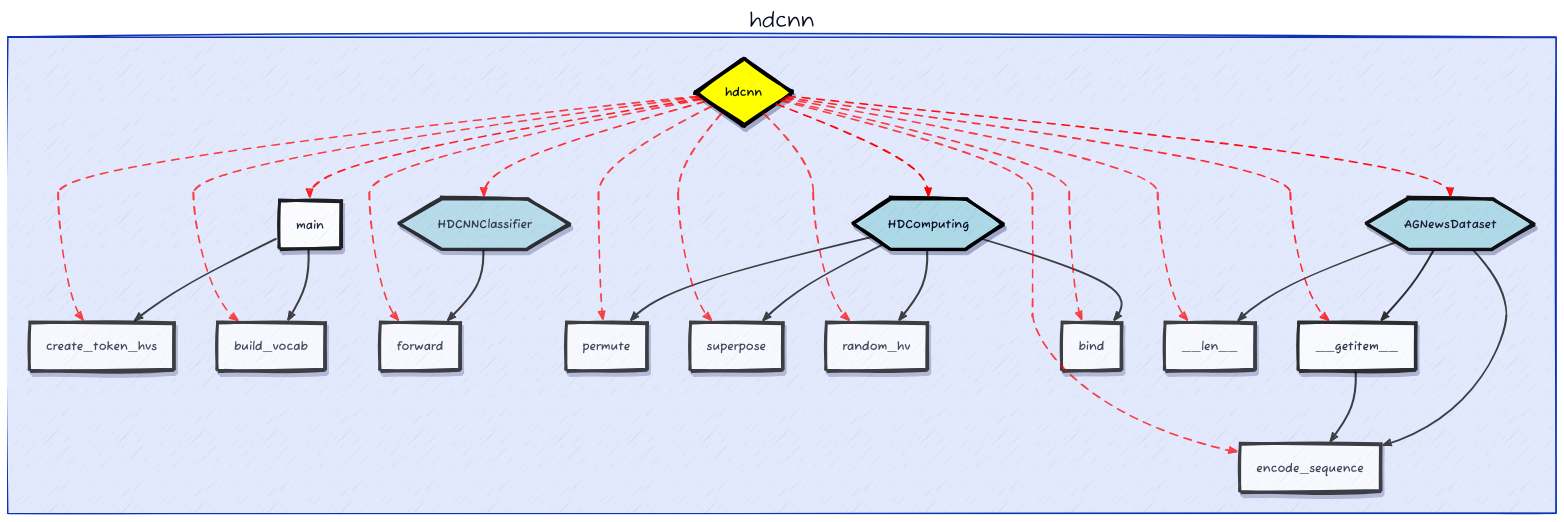
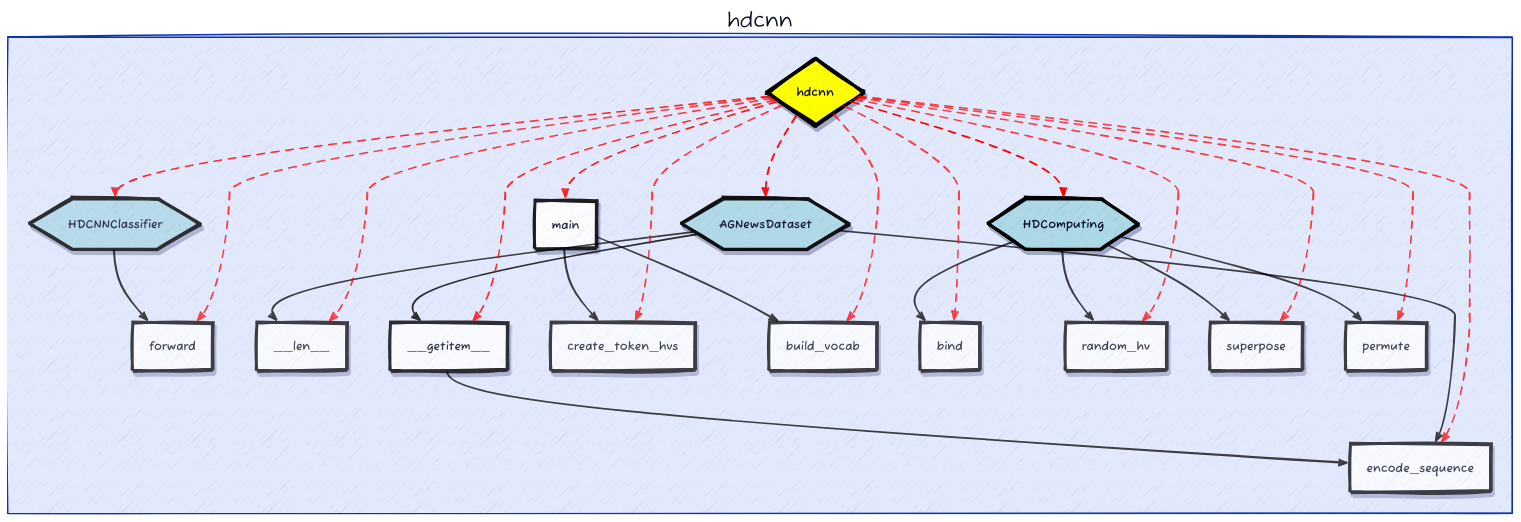
One commit to fangyuan-ksgk/heuristic-search changed the diagram in eoh/d2_output/dag.d2. Above: the diagram before and after it, drawn with D2. The commit also changed other lines of this file and 17 other files, not shown here.

```diff
--- a/eoh/d2_output/dag.d2
+++ b/eoh/d2_output/dag.d2
@@ -35,46 +35,6 @@
     }
   }
 }
-hdcnn.main.class: function
-hdcnn.main.label: "main"
-hdcnn.main: {
-  style: {
-    opacity: 0.87
-    stroke: "black"
-    stroke-width: 4
-    shadow: true
-  }
-}
-hdcnn.create_token_hvs.class: function
-hdcnn.create_token_hvs.label: "create_token_hvs"
-hdcnn.create_token_hvs: {
-  style: {
-    opacity: 0.73
-    stroke: "black"
-    stroke-width: 4
-    shadow: true
-  }
-}
-hdcnn.build_vocab.class: function
-hdcnn.build_vocab.label: "build_vocab"
-hdcnn.build_vocab: {
-  style: {
-    opacity: 0.73
-    stroke: "black"
-    stroke-width: 4
-    shadow: true
-  }
-}
-hdcnn.forward.class: function
-hdcnn.forward.label: "forward"
-hdcnn.forward: {
-  style: {
-    opacity: 0.73
-    stroke: "black"
-    stroke-width: 4
-    shadow: true
-  }
-}
 hdcnn.HDCNNClassifier.class: class
 hdcnn.HDCNNClassifier.label: "HDCNNClassifier"
 hdcnn.HDCNNClassifier: {
@@ -95,11 +55,71 @@
     shadow: true
   }
 }
+hdcnn.forward.class: function
+hdcnn.forward.label: "forward"
+hdcnn.forward: {
+  style: {
+    opacity: 0.73
+    stroke: "black"
+    stroke-width: 4
+    shadow: true
+  }
+}
 hdcnn.HDComputing.class: class
 hdcnn.HDComputing.label: "HDComputing"
 hdcnn.HDComputing: {
   style: {
     opacity: 1.00
+    stroke: "black"
+    stroke-width: 4
+    shadow: true
+  }
+}
+hdcnn.__len__.class: function
+hdcnn.__len__.label: "__len__"
+hdcnn.__len__: {
+  style: {
+    opacity: 0.73
+    stroke: "black"
+    stroke-width: 4
+    shadow: true
+  }
+}
+hdcnn.__getitem__.class: function
+hdcnn.__getitem__.label: "__getitem__"
+hdcnn.__getitem__: {
+  style: {
+    opacity: 0.80
+    stroke: "black"
+    stroke-width: 4
+    shadow: true
+  }
+}
+hdcnn.create_token_hvs.class: function
+hdcnn.create_token_hvs.label: "create_token_hvs"
+hdcnn.create_token_hvs: {
+  style: {
+    opacity: 0.73
+    stroke: "black"
+    stroke-width: 4
+    shadow: true
+  }
+}
+hdcnn.main.class: function
+hdcnn.main.label: "main"
+hdcnn.main: {
+  style: {
+    opacity: 0.87
+    stroke: "black"
+    stroke-width: 4
+    shadow: true
+  }
+}
+hdcnn.build_vocab.class: function
+hdcnn.build_vocab.label: "build_vocab"
+hdcnn.build_vocab: {
+  style: {
+    opacity: 0.73
     stroke: "black"
     stroke-width: 4
     shadow: true
@@ -115,9 +135,29 @@
     shadow: true
   }
 }
-hdcnn.permute.class: function
-hdcnn.permute.label: "permute"
-hdcnn.permute: {
+hdcnn.hdcnn.class: file
+hdcnn.hdcnn.label: "hdcnn"
+hdcnn.hdcnn: {
+  style: {
+    opacity: 1.00
+    stroke: "black"
+    stroke-width: 4
+    shadow: true
+  }
+}
+hdcnn.bind.class: function
+hdcnn.bind.label: "bind"
+hdcnn.bind: {
+  style: {
+    opacity: 0.73
+    stroke: "black"
+    stroke-width: 4
+    shadow: true
+  }
+}
+hdcnn.random_hv.class: function
+hdcnn.random_hv.label: "random_hv"
+hdcnn.random_hv: {
   style: {
     opacity: 0.73
     stroke: "black"
@@ -135,9 +175,9 @@
     shadow: true
   }
 }
-hdcnn.random_hv.class: function
-hdcnn.random_hv.label: "random_hv"
-hdcnn.random_hv: {
+hdcnn.permute.class: function
+hdcnn.permute.label: "permute"
+hdcnn.permute: {
   style: {
     opacity: 0.73
     stroke: "black"
@@ -145,45 +185,35 @@
     shadow: true
   }
 }
-hdcnn.__getitem__.class: function
-hdcnn.__getitem__.label: "__getitem__"
-hdcnn.__getitem__: {
-  style: {
-    opacity: 0.80
-    stroke: "black"
-    stroke-width: 4
-    shadow: true
-  }
+hdcnn.HDCNNClassifier -> hdcnn.forward: {
+  style.stroke: black
+  style.opacity: 0.73
+  style.stroke-width: 2
 }
-hdcnn.bind.class: function
-hdcnn.bind.label: "bind"
-hdcnn.bind: {
-  style: {
-    opacity: 0.73
-    stroke: "black"
-    stroke-width: 4
-    shadow: true
-  }
+hdcnn.HDComputing -> hdcnn.random_hv: {
+  style.stroke: black
+  style.opacity: 0.73
+  style.stroke-width: 2
 }
-hdcnn.hdcnn.class: file
-hdcnn.hdcnn.label: "hdcnn"
-hdcnn.hdcnn: {
-  style: {
-    opacity: 1.00
-    stroke: "black"
-    stroke-width: 4
-    shadow: true
-  }
+hdcnn.HDComputing -> hdcnn.superpose: {
+  style.stroke: black
+  style.opacity: 0.73
+  style.stroke-width: 2
 }
-hdcnn.__len__.class: function
-hdcnn.__len__.label: "__len__"
-hdcnn.__len__: {
-  style: {
-    opacity: 0.73
-    stroke: "black"
-    stroke-width: 4
-    shadow: true
-  }
+hdcnn.HDComputing -> hdcnn.permute: {
+  style.stroke: black
+  style.opacity: 0.73
+  style.stroke-width: 2
+}
+hdcnn.HDComputing -> hdcnn.bind: {
+  style.stroke: black
+  style.opacity: 0.73
+  style.stroke-width: 2
+}
+hdcnn.__getitem__ -> hdcnn.encode_sequence: {
+  style.stroke: black
+  style.opacity: 0.73
+  style.stroke-width: 2
 }
 hdcnn.main -> hdcnn.create_token_hvs: {
   style.stroke: black
@@ -195,32 +225,7 @@
   style.opacity: 0.73
   style.stroke-width: 2
 }
-hdcnn.HDCNNClassifier -> hdcnn.forward: {
-  style.stroke: black
-  style.opacity: 0.73
-  style.stroke-width: 2
-}
-hdcnn.HDComputing -> hdcnn.bind: {
-  style.stroke: black
-  style.opacity: 0.73
-  style.stroke-width: 2
-}
-hdcnn.HDComputing -> hdcnn.random_hv: {
-  style.stroke: black
-  style.opacity: 0.73
-  style.stroke-width: 2
-}
-hdcnn.HDComputing -> hdcnn.permute: {
-  style.stroke: black
-  style.opacity: 0.73
-  style.stroke-width: 2
-}
-hdcnn.HDComputing -> hdcnn.superpose: {
-  style.stroke: black
-  style.opacity: 0.73
-  style.stroke-width: 2
-}
-hdcnn.AGNewsDataset -> hdcnn.encode_sequence: {
+hdcnn.AGNewsDataset -> hdcnn.__len__: {
   style.stroke: black
   style.opacity: 0.73
   style.stroke-width: 2
@@ -230,43 +235,10 @@
   style.opacity: 0.80
   style.stroke-width: 2
 }
-hdcnn.AGNewsDataset -> hdcnn.__len__: {
+hdcnn.AGNewsDataset -> hdcnn.encode_sequence: {
   style.stroke: black
   style.opacity: 0.73
   style.stroke-width: 2
-}
-hdcnn.__getitem__ -> hdcnn.encode_sequence: {
-  style.stroke: black
-  style.opacity: 0.73
-  style.stroke-width: 2
-}
-hdcnn.hdcnn -> hdcnn.main: {
-  style.stroke: red
-  style.opacity: 0.87
-  style.stroke-width: 2
-  style.stroke-dash: 5
-  style.animated: true
-}
-hdcnn.hdcnn -> hdcnn.forward: {
-  style.stroke: red
-  style.opacity: 0.73
-  style.stroke-width: 2
-  style.stroke-dash: 5
-  style.animated: true
-}
-hdcnn.hdcnn -> hdcnn.create_token_hvs: {
-  style.stroke: red
-  style.opacity: 0.73
-  style.stroke-width: 2
-  style.stroke-dash: 5
-  style.animated: true
-}
-hdcnn.hdcnn -> hdcnn.build_vocab: {
-  style.stroke: red
-  style.opacity: 0.73
-  style.stroke-width: 2
-  style.stroke-dash: 5
-  style.animated: true
 }
 hdcnn.hdcnn -> hdcnn.HDCNNClassifier: {
   style.stroke: red
@@ -282,9 +254,51 @@
   style.stroke-dash: 5
   style.animated: true
 }
+hdcnn.hdcnn -> hdcnn.forward: {
+  style.stroke: red
+  style.opacity: 0.73
+  style.stroke-width: 2
+  style.stroke-dash: 5
+  style.animated: true
+}
 hdcnn.hdcnn -> hdcnn.HDComputing: {
   style.stroke: red
   style.opacity: 1.00
+  style.stroke-width: 2
+  style.stroke-dash: 5
+  style.animated: true
+}
+hdcnn.hdcnn -> hdcnn.__len__: {
+  style.stroke: red
+  style.opacity: 0.73
+  style.stroke-width: 2
+  style.stroke-dash: 5
+  style.animated: true
+}
+hdcnn.hdcnn -> hdcnn.__getitem__: {
+  style.stroke: red
+  style.opacity: 0.80
+  style.stroke-width: 2
+  style.stroke-dash: 5
+  style.animated: true
+}
+hdcnn.hdcnn -> hdcnn.create_token_hvs: {
+  style.stroke: red
+  style.opacity: 0.73
+  style.stroke-width: 2
+  style.stroke-dash: 5
+  style.animated: true
+}
+hdcnn.hdcnn -> hdcnn.main: {
+  style.stroke: red
+  style.opacity: 0.87
+  style.stroke-width: 2
+  style.stroke-dash: 5
+  style.animated: true
+}
+hdcnn.hdcnn -> hdcnn.build_vocab: {
+  style.stroke: red
+  style.opacity: 0.73
   style.stroke-width: 2
   style.stroke-dash: 5
   style.animated: true
@@ -296,7 +310,14 @@
   style.stroke-dash: 5
   style.animated: true
 }
-hdcnn.hdcnn -> hdcnn.permute: {
+hdcnn.hdcnn -> hdcnn.bind: {
+  style.stroke: red
+  style.opacity: 0.73
+  style.stroke-width: 2
+  style.stroke-dash: 5
+  style.animated: true
+}
+hdcnn.hdcnn -> hdcnn.random_hv: {
   style.stroke: red
   style.opacity: 0.73
   style.stroke-width: 2
@@ -310,31 +331,10 @@
   style.stroke-dash: 5
   style.animated: true
 }
-hdcnn.hdcnn -> hdcnn.random_hv: {
+hdcnn.hdcnn -> hdcnn.permute: {
   style.stroke: red
   style.opacity: 0.73
   style.stroke-width: 2
   style.stroke-dash: 5
   style.animated: true
 }
-hdcnn.hdcnn -> hdcnn.__getitem__: {
-  style.stroke: red
-  style.opacity: 0.80
-  style.stroke-width: 2
-  style.stroke-dash: 5
-  style.animated: true
-}
-hdcnn.hdcnn -> hdcnn.bind: {
-  style.stroke: red
-  style.opacity: 0.73
-  style.stroke-width: 2
-  style.stroke-dash: 5
-  style.animated: true
-}
-hdcnn.hdcnn -> hdcnn.__len__: {
-  style.stroke: red
-  style.opacity: 0.73
-  style.stroke-width: 2
-  style.stroke-dash: 5
-  style.animated: true
-}
```
